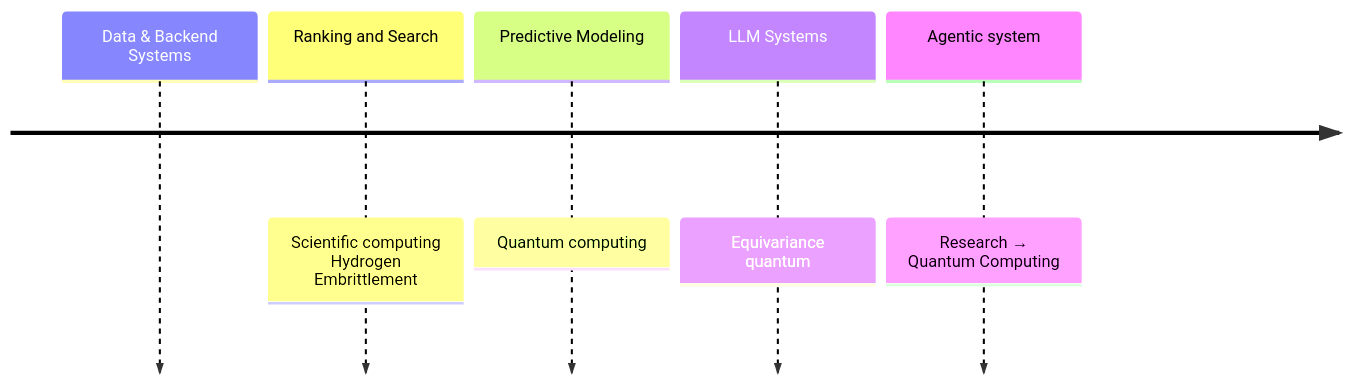
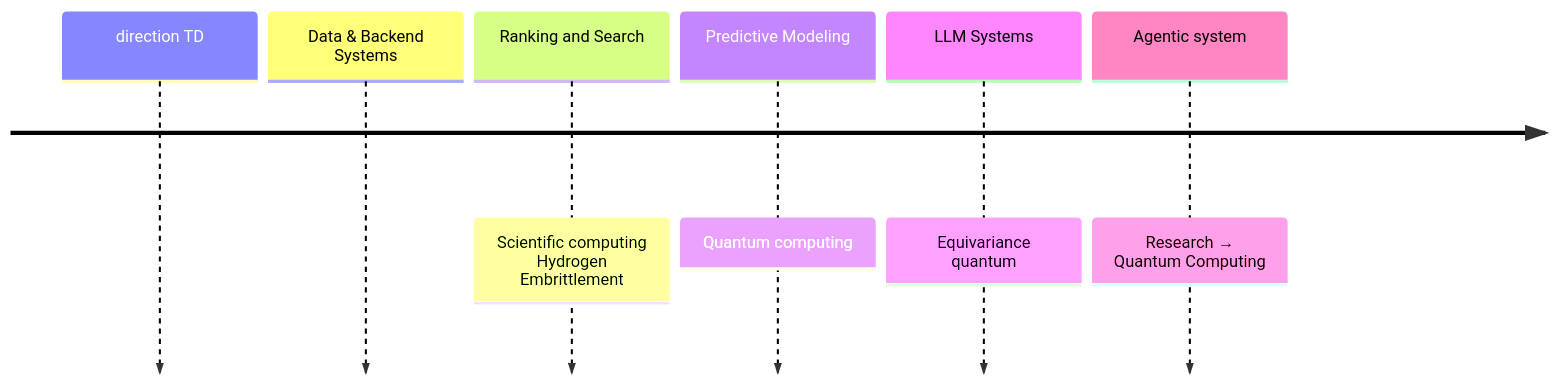
One commit to minhtriet/minhtriet.github.io changed the diagram in _pages/about.md. Above: the diagram before and after it, drawn with Mermaid.

```diff
--- a/_pages/about.md
+++ b/_pages/about.md
@@ -7,8 +7,9 @@
 <pre class="mermaid">
 timeline
+	direction TD
     Data & Backend Systems
     Ranking and Search : Scientific computing Hydrogen Embrittlement
     Predictive Modeling : Quantum computing
     LLM Systems : Equivariance quantum
     Agentic system : Research → Quantum Computing
 </pre>
```
